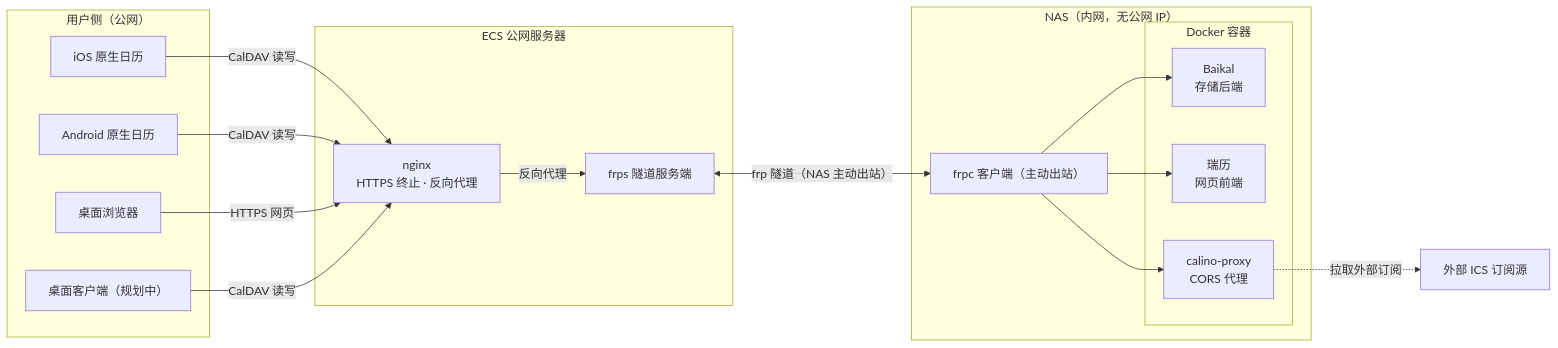
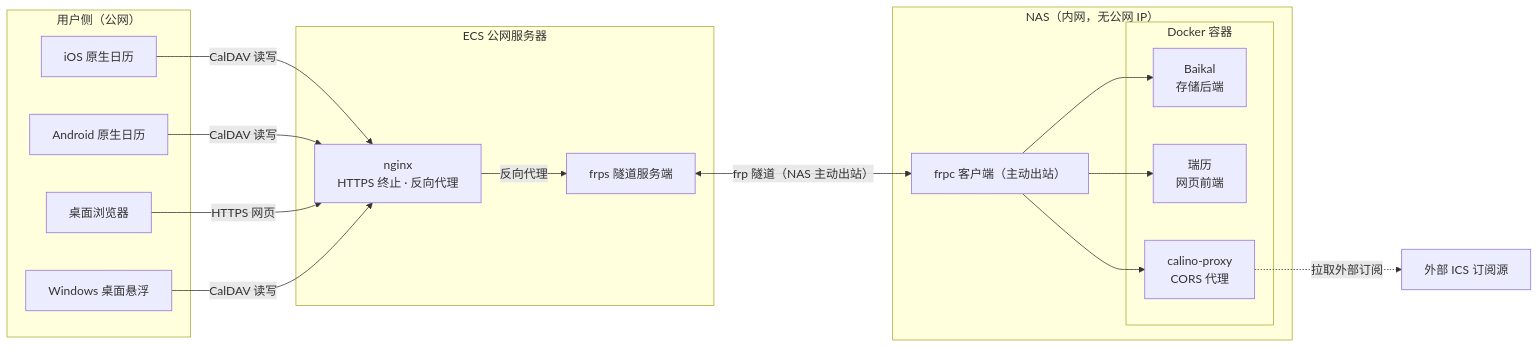
The first of 4 diagrams in README.md (vector9584/rui-calendar), drawn with Mermaid before and after one commit. The commit also changed other lines of this file and 14 other files, not shown here.

````diff
--- a/README.md
+++ b/README.md
@@ -75,36 +90,36 @@
 ```mermaid
 flowchart LR
     subgraph Users["用户侧（公网）"]
         iOS["iOS 原生日历"]
         Android["Android 原生日历"]
         Browser["桌面浏览器"]
-        Desktop["桌面客户端（规划中）"]
+        Desktop["Windows 桌面悬浮"]
     end
 
     subgraph ECS["ECS 公网服务器"]
         NGINX["nginx<br/>HTTPS 终止 · 反向代理"]
         FRPS["frps 隧道服务端"]
     end
 
     subgraph NAS["NAS（内网，无公网 IP）"]
         FRPC["frpc 客户端（主动出站）"]
         subgraph Docker["Docker 容器"]
             BAIKAL["Baikal<br/>存储后端"]
             CALINO["瑞历<br/>网页前端"]
             PROXY["calino-proxy<br/>CORS 代理"]
         end
     end
 
     External["外部 ICS 订阅源"]
 
     iOS -->|"CalDAV 读写"| NGINX
     Android -->|"CalDAV 读写"| NGINX
     Browser -->|"HTTPS 网页"| NGINX
     Desktop -->|"CalDAV 读写"| NGINX
     NGINX -->|"反向代理"| FRPS
     FRPS <-->|"frp 隧道（NAS 主动出站）"| FRPC
     FRPC --> BAIKAL
     FRPC --> CALINO
     FRPC --> PROXY
     PROXY -.->|"拉取外部订阅"| External
 ```
````
